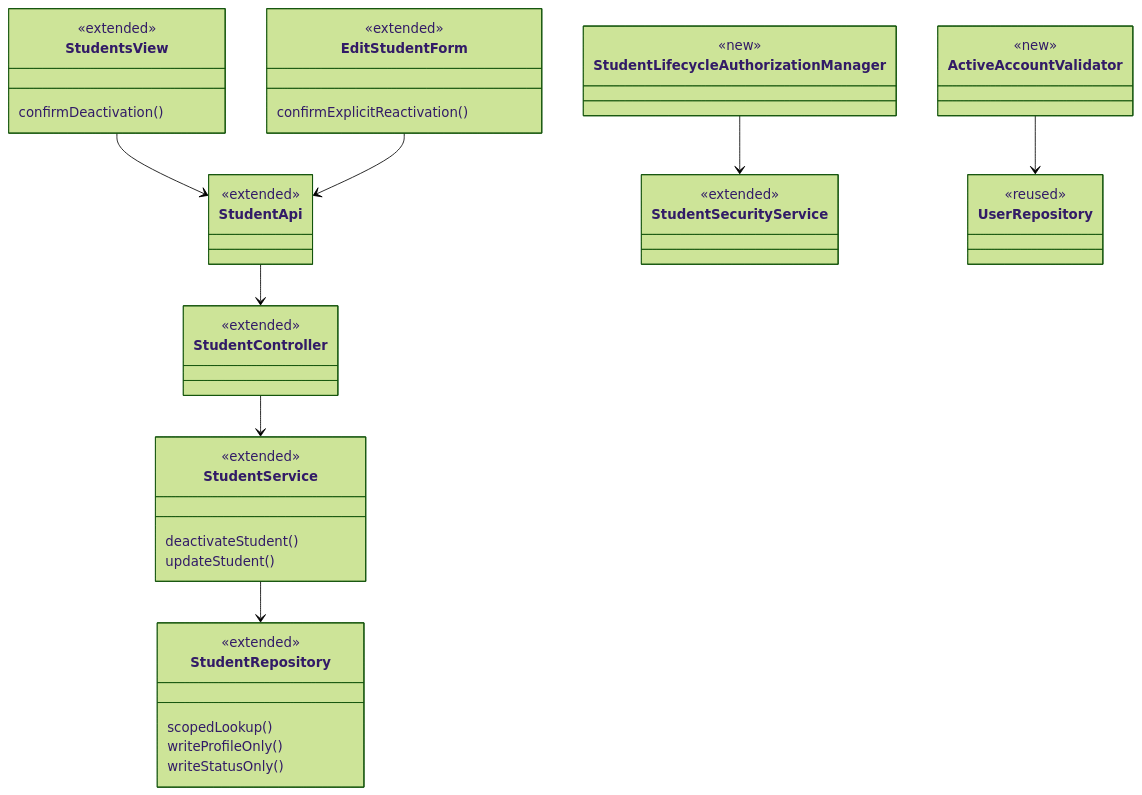
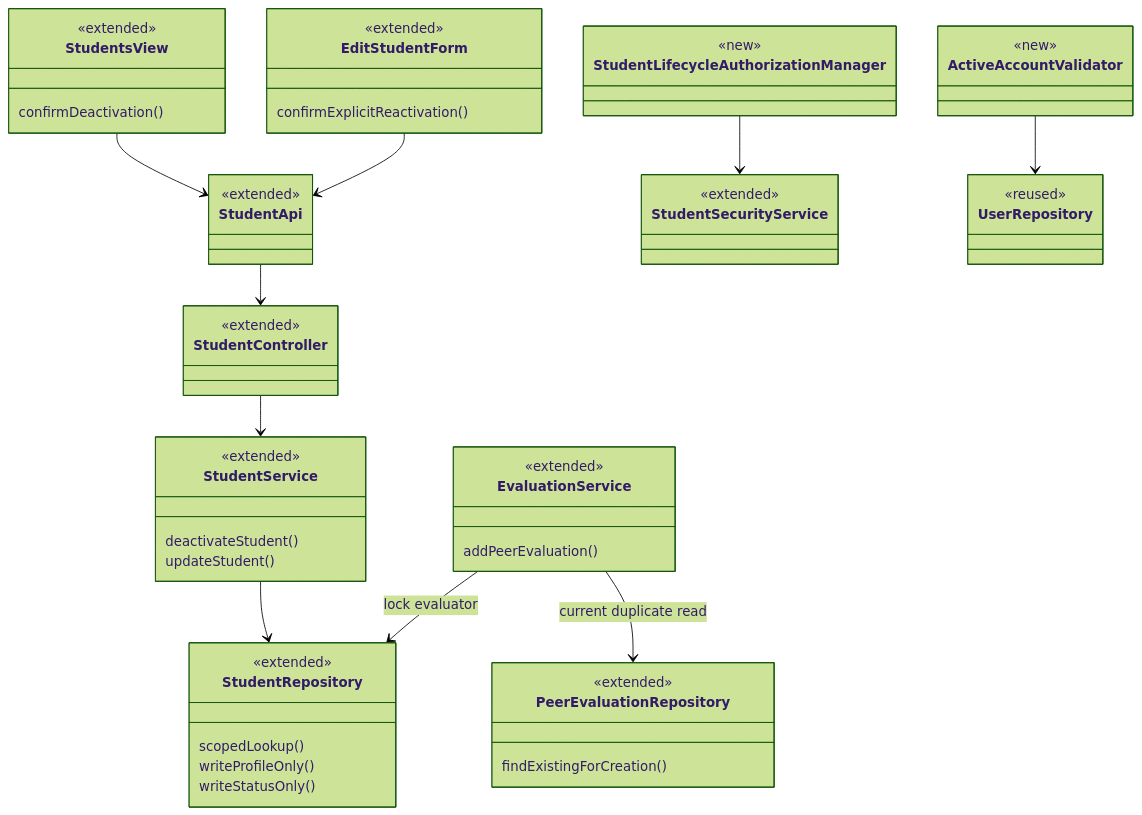
Before and after one commit to tessapayne/add-a-use-case: the first of 5 diagrams in docs/design/stu.md, drawn with Mermaid (forest theme). The commit also changed other lines of this file and 20 other files, not shown here.

First line of the commit message:
feat(stu): build shared lifecycle and evaluation creation trunk

````diff
--- a/docs/design/stu.md
+++ b/docs/design/stu.md
@@ -30,47 +30,57 @@
 ```mermaid
 classDiagram
     class StudentsView {
         <<extended>>
         confirmDeactivation()
     }
     class EditStudentForm {
         <<extended>>
         confirmExplicitReactivation()
     }
     class StudentApi {
         <<extended>>
     }
     class StudentController {
         <<extended>>
     }
     class StudentService {
         <<extended>>
         deactivateStudent()
         updateStudent()
     }
     class StudentRepository {
         <<extended>>
         scopedLookup()
         writeProfileOnly()
         writeStatusOnly()
     }
     class StudentLifecycleAuthorizationManager {
         <<new>>
     }
     class StudentSecurityService {
         <<extended>>
     }
     class ActiveAccountValidator {
         <<new>>
     }
+    class EvaluationService {
+        <<extended>>
+        addPeerEvaluation()
+    }
+    class PeerEvaluationRepository {
+        <<extended>>
+        findExistingForCreation()
+    }
     class UserRepository {
         <<reused>>
     }
     StudentsView --> StudentApi
     EditStudentForm --> StudentApi
     StudentApi --> StudentController
     StudentController --> StudentService
     StudentService --> StudentRepository
     StudentLifecycleAuthorizationManager --> StudentSecurityService
     ActiveAccountValidator --> UserRepository
+    EvaluationService --> StudentRepository : lock evaluator
+    EvaluationService --> PeerEvaluationRepository : current duplicate read
 ```
````
